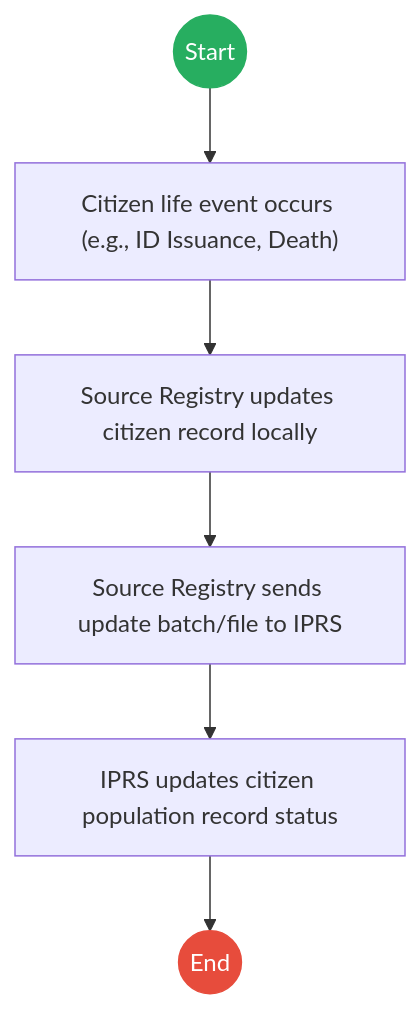
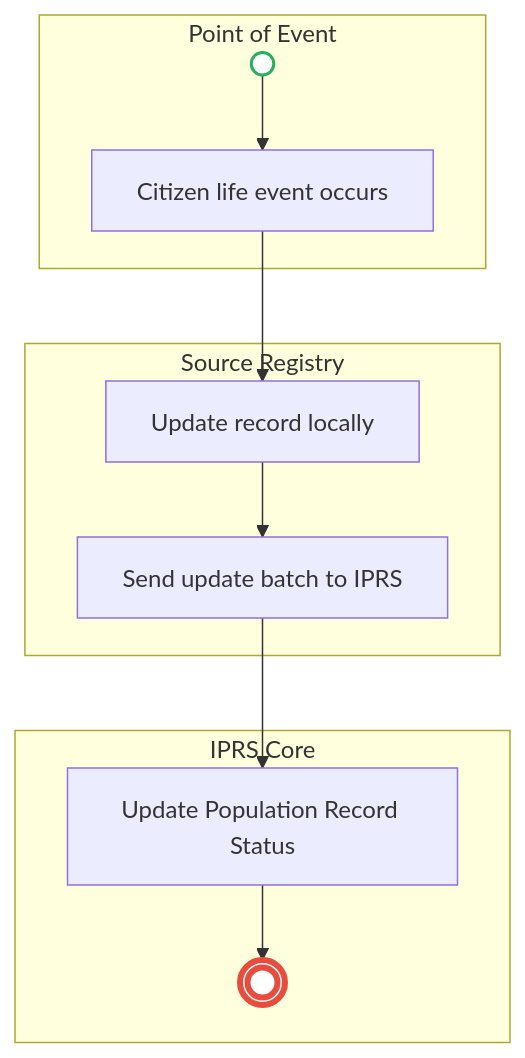
One commit to BITZ-IT-Consulting-LTD/ictapoc changed the second of 3 diagrams in mdas/docs_final/_INTEGRATED_POPULATION_REGISTRATION_SYSTEM___Service_Delivery.md. Above: the diagram before and after it, drawn with Mermaid. The commit also changed other lines of this file and 13 other files, not shown here.

````diff
--- a/mdas/docs_final/_INTEGRATED_POPULATION_REGISTRATION_SYSTEM___Service_Delivery.md
+++ b/mdas/docs_final/_INTEGRATED_POPULATION_REGISTRATION_SYSTEM___Service_Delivery.md
@@ -53,13 +61,19 @@
 ```mermaid
-graph TD
-    Start((Start)) --> S1
-    S1["Citizen life event occurs (e.g., ID Issuance, Death)"] --> S2
-    S2["Source Registry updates citizen record locally"] --> S3
-    S3["Source Registry sends update batch/file to IPRS"] --> S4
-    S4["IPRS updates citizen population record status"] --> End((End))
+flowchart TD
+    subgraph Event["Point of Event"]
+        Start(( )) --> E1[Citizen life event occurs]
+    end
 
-    classDef start fill:#27ae60,stroke:#27ae60,color:#fff;
-    classDef endNode fill:#e74c3c,stroke:#e74c3c,color:#fff;
-    class Start start;
-    class End endNode;
+    subgraph Registry["Source Registry"]
+        E1 --> R1[Update record locally]
+        R1 --> R2[Send update batch to IPRS]
+    end
+
+    subgraph IPRS["IPRS Core"]
+        R2 --> I1[Update Population Record Status]
+        I1 --> End((( )))
+    end
+
+    style Start fill:#fff,stroke:#27ae60,stroke-width:2px
+    style End fill:#fff,stroke:#e74c3c,stroke-width:4px
 ```
````
